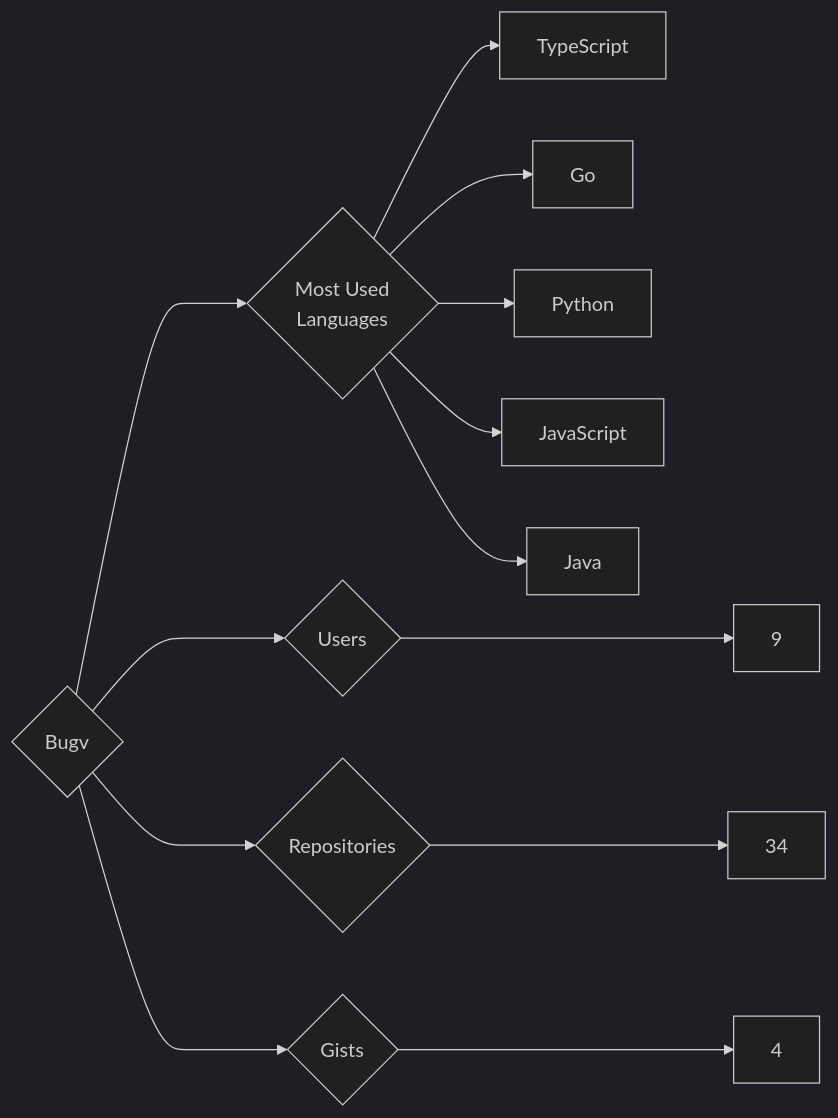
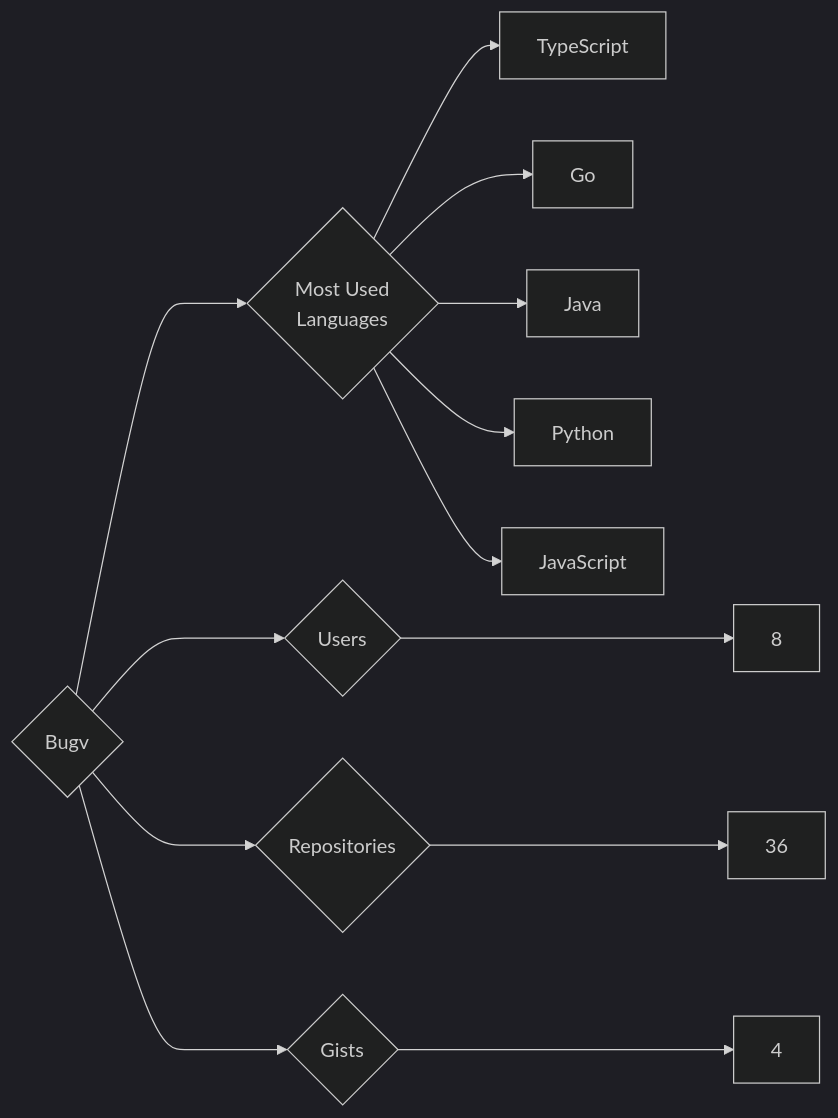
Before and after one commit to trickest/insiders: the diagram in targets/Bugv/README.md, drawn with Mermaid (dark theme). The commit also changed 783 other files, not shown here.

````diff
--- a/targets/Bugv/README.md
+++ b/targets/Bugv/README.md
@@ -3,13 +3,13 @@
 ```mermaid
 graph LR
 COMPANY_NAME{Bugv}
-COMPANY_NAME ---> U{Users} ---> UN[9]
-COMPANY_NAME ---> R{Repositories} ---> RN[34]
+COMPANY_NAME ---> U{Users} ---> UN[8]
+COMPANY_NAME ---> R{Repositories} ---> RN[36]
 COMPANY_NAME ---> G{Gists} ---> GN[4]
 COMPANY_NAME ---> ML{Most Used<br>Languages}
 ML --> TypeScript[TypeScript]
 ML --> Go[Go]
+ML --> Java[Java]
 ML --> Python[Python]
 ML --> JavaScript[JavaScript]
-ML --> Java[Java]
 ```
````
